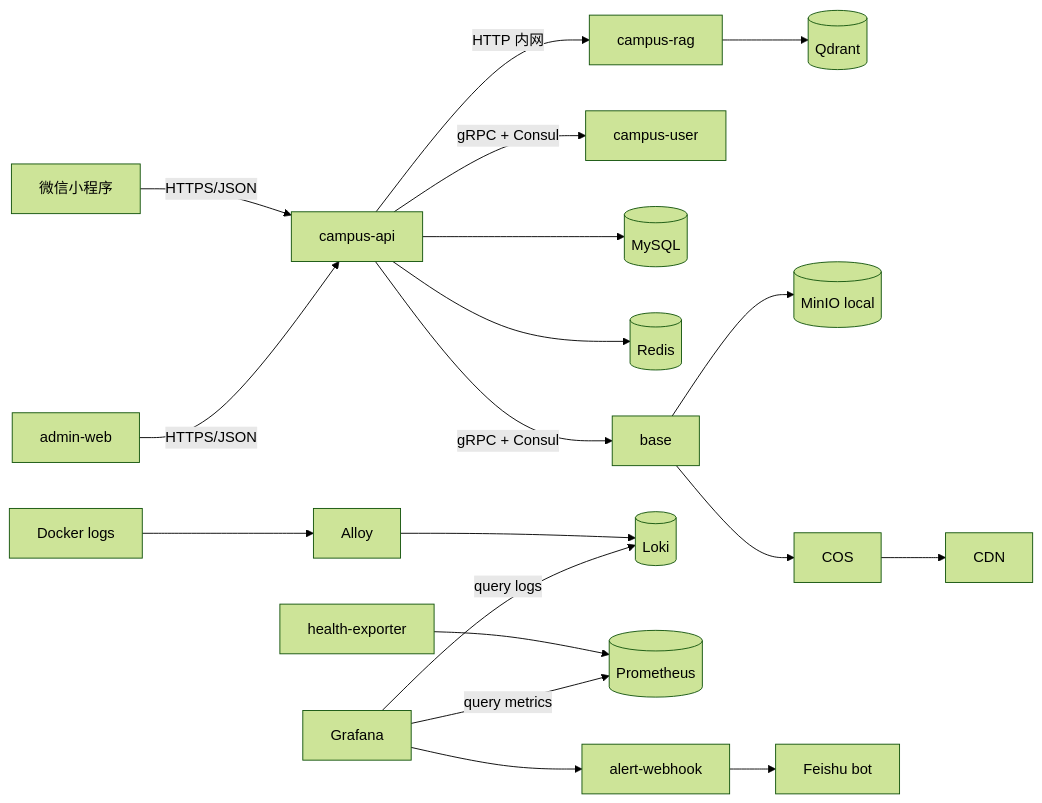
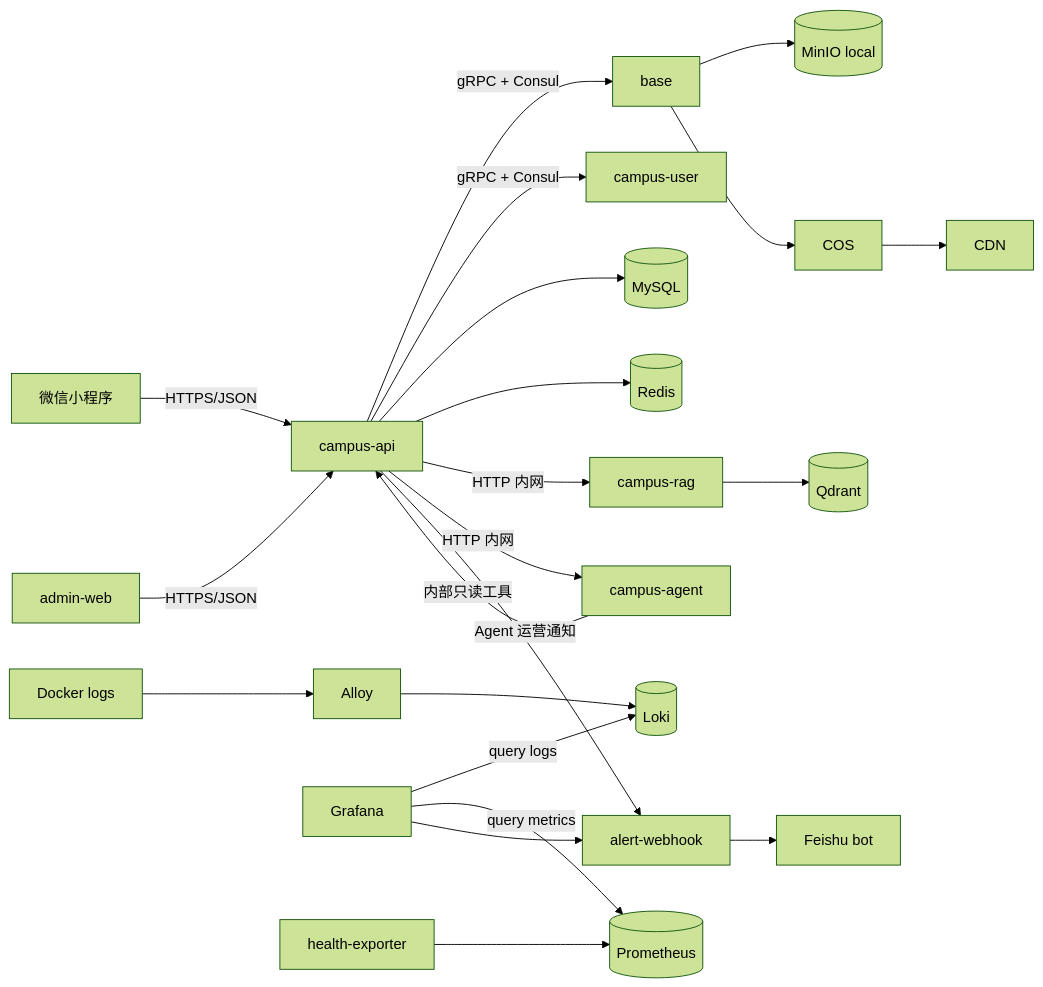
Before and after one commit to tangfire/lehu-video: the diagram in docs/developer-guide.md, drawn with Mermaid (forest theme). The commit also changed other lines of this file and 13 other files, not shown here.

First line of the commit message:
文档更新 把新加的 campus-agent、飞书值班、AI 成本保护、RAG Agent 草稿、举报/反馈飞书闭环、API 路由、数据表和简历表达都补进去了，涉及： README.md、 docs/architecture.md、 docs/developer-guide.md、 docs/observability-alerting.md、 docs/agent-copilot.md 相关体系文档。

````diff
--- a/docs/developer-guide.md
+++ b/docs/developer-guide.md
@@ -75,21 +77,24 @@
 ```mermaid
 flowchart LR
     MiniProgram[微信小程序] -->|HTTPS/JSON| API[campus-api]
     Admin[admin-web] -->|HTTPS/JSON| API
     API -->|gRPC + Consul| Base[base]
     API -->|gRPC + Consul| User[campus-user]
     API --> MySQL[(MySQL)]
     API --> Redis[(Redis)]
     API -->|HTTP 内网| Rag[campus-rag]
+    API -->|HTTP 内网| Agent[campus-agent]
+    Agent -->|内部只读工具| API
     Rag --> Qdrant[(Qdrant)]
     Base --> MinIO[(MinIO local)]
     Base --> COS[COS]
     COS --> CDN[CDN]
     DockerLogs[Docker logs] --> Alloy[Alloy]
     Alloy --> Loki[(Loki)]
     Grafana[Grafana] -->|query logs| Loki
     Health[health-exporter] --> Prometheus[(Prometheus)]
     Grafana -->|query metrics| Prometheus
     Grafana --> Alert[alert-webhook]
+    API -->|Agent 运营通知| Alert
     Alert --> Feishu[Feishu bot]
 ```
````
